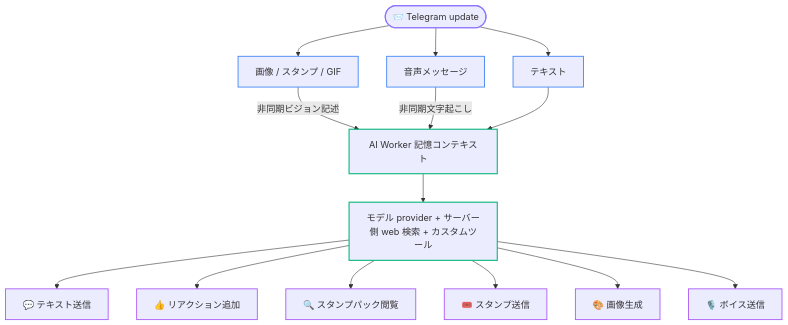
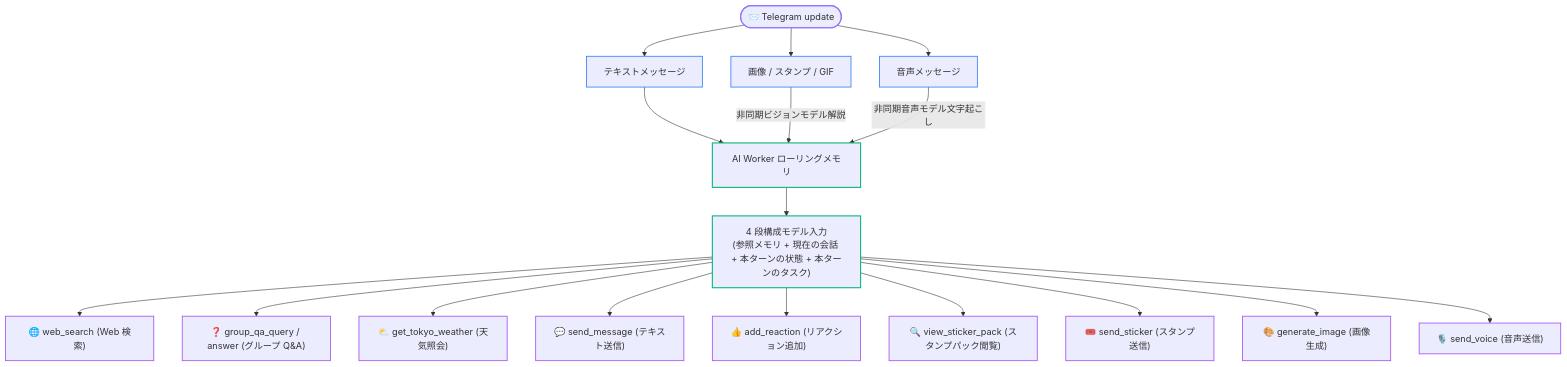
Before and after one commit to Asashishi/copy_ninjia: the second of 2 diagrams in docs/ja/02-architecture.md, drawn with Mermaid. The commit also changed other lines of this file and 691 other files, not shown here.

````diff
--- a/docs/ja/02-architecture.md
+++ b/docs/ja/02-architecture.md
@@ -64,22 +117,27 @@
 ```mermaid
 flowchart TD
     classDef input stroke:#8e75ff,stroke-width:2px;
     classDef process stroke:#3b82f6,stroke-width:1.5px;
     classDef ai stroke:#10b981,stroke-width:2px;
     classDef action stroke:#a855f7,stroke-width:1.5px;
 
-    U(["📨 Telegram update"]):::input --> TXT["テキスト"]:::process
+    U(["📨 Telegram update"]):::input --> TXT["テキストメッセージ"]:::process
     U --> MED["画像 / スタンプ / GIF"]:::process
     U --> VOC["音声メッセージ"]:::process
-    MED -- 非同期ビジョン記述 --> MEM["AI Worker 記憶コンテキスト"]:::ai
-    VOC -- 非同期文字起こし --> MEM
-    TXT --> MEM
-    MEM --> G["モデル provider + サーバー側 web 検索 + カスタムツール"]:::ai
 
-    G --> A1["💬 テキスト送信"]:::action
-    G --> A2["👍 リアクション追加"]:::action
-    G --> A3["🔍 スタンプパック閲覧"]:::action
-    G --> A4["🎟️ スタンプ送信"]:::action
-    G --> A5["🎨 画像生成"]:::action
-    G --> A6["🎙️ ボイス送信"]:::action
+    TXT --> MEM["AI Worker ローリングメモリ"]:::ai
+    MED -- 非同期ビジョンモデル解説 --> MEM
+    VOC -- 非同期音声モデル文字起こし --> MEM
+
+    MEM --> G["4 段構成モデル入力<br/>(参照メモリ + 現在の会話 + 本ターンの状態 + 本ターンのタスク)"]:::ai
+
+    G --> T1["🌐 web_search (Web 検索)"]:::action
+    G --> T2["❓ group_qa_query / answer (グループ Q&A)"]:::action
+    G --> T3["⛅ get_tokyo_weather (天気照会)"]:::action
+    G --> A1["💬 send_message (テキスト送信)"]:::action
+    G --> A2["👍 add_reaction (リアクション追加)"]:::action
+    G --> A3["🔍 view_sticker_pack (スタンプパック閲覧)"]:::action
+    G --> A4["🎟️ send_sticker (スタンプ送信)"]:::action
+    G --> A5["🎨 generate_image (画像生成)"]:::action
+    G --> A6["🎙️ send_voice (音声送信)"]:::action
 ```
````
